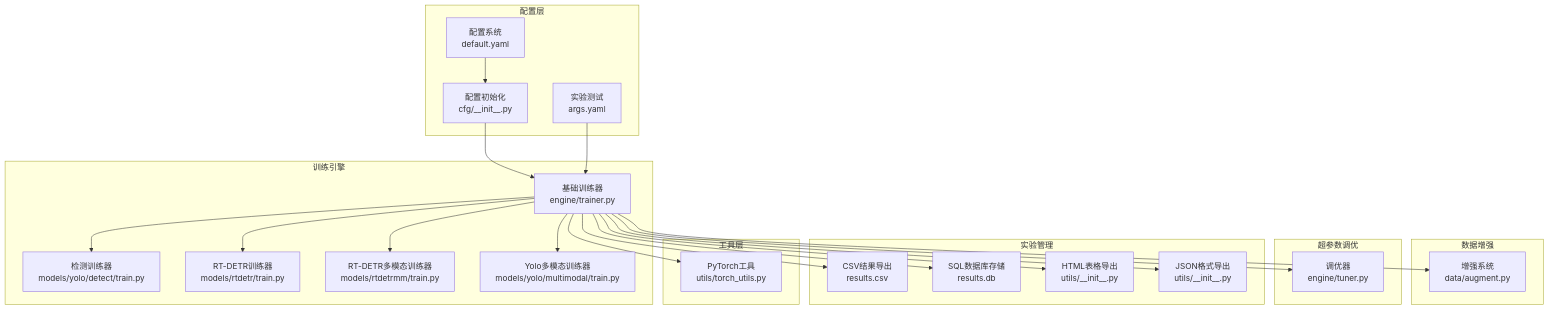
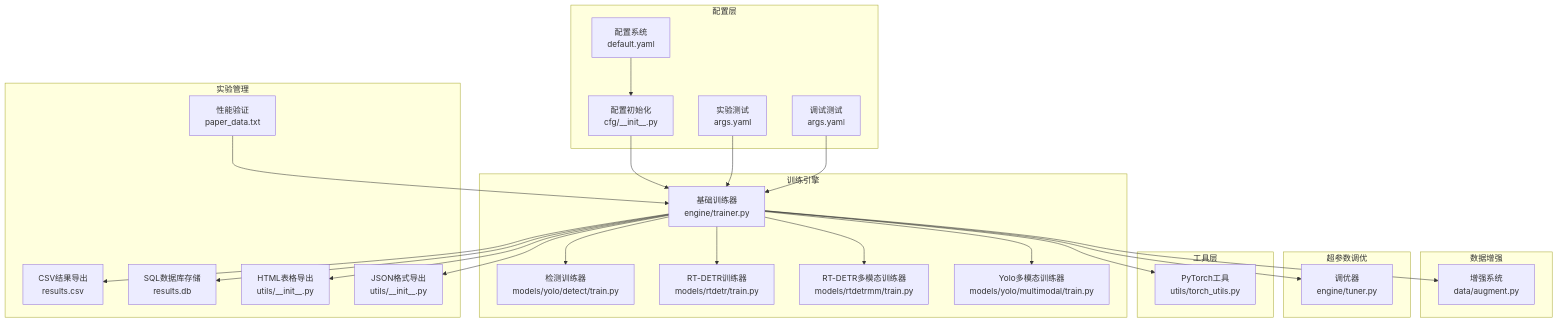
The first of 12 diagrams in .qoder/repowiki/zh/content/模型配置与管理/训练配置管理/训练配置管理.md (2208754827/MM-IMPROVE), drawn with Mermaid before and after one commit. The commit also changed other lines of this file and 151 other files, not shown here.

````diff
--- a/.qoder/repowiki/zh/content/模型配置与管理/训练配置管理/训练配置管理.md
+++ b/.qoder/repowiki/zh/content/模型配置与管理/训练配置管理/训练配置管理.md
@@ -51,45 +57,50 @@
 ```mermaid
 graph TB
 subgraph "配置层"
 CFG[配置系统<br/>default.yaml]
 CFG_INIT[配置初始化<br/>cfg/__init__.py]
 END_TEST[实验测试<br/>args.yaml]
+DEBUG_TEST[调试测试<br/>args.yaml]
 end
 subgraph "训练引擎"
 TRAINER[基础训练器<br/>engine/trainer.py]
 DETECT_TRAIN[检测训练器<br/>models/yolo/detect/train.py]
 RTDETR_TRAIN[RT-DETR训练器<br/>models/rtdetr/train.py]
 RTDETRMM_TRAIN[RT-DETR多模态训练器<br/>models/rtdetrmm/train.py]
 YOLO_MM_TRAIN[Yolo多模态训练器<br/>models/yolo/multimodal/train.py]
 end
 subgraph "数据增强"
 AUGMENT[增强系统<br/>data/augment.py]
 end
 subgraph "超参数调优"
 TUNER[调优器<br/>engine/tuner.py]
 end
 subgraph "实验管理"
 RESULTS_CSV[CSV结果导出<br/>results.csv]
 RESULTS_SQL[SQL数据库存储<br/>results.db]
 RESULTS_HTML[HTML表格导出<br/>utils/__init__.py]
 RESULTS_JSON[JSON格式导出<br/>utils/__init__.py]
+PERFORMANCE_VAL[性能验证<br/>paper_data.txt]
 end
 subgraph "工具层"
 TORCH_UTILS[PyTorch工具<br/>utils/torch_utils.py]
 END_TEST[实验测试<br/>args.yaml]
+DEBUG_TEST[调试测试<br/>args.yaml]
 end
 CFG --> CFG_INIT
 CFG_INIT --> TRAINER
 TRAINER --> DETECT_TRAIN
 TRAINER --> RTDETR_TRAIN
 TRAINER --> RTDETRMM_TRAIN
 TRAINER --> YOLO_MM_TRAIN
 TRAINER --> AUGMENT
 TRAINER --> TUNER
 TRAINER --> RESULTS_CSV
 TRAINER --> RESULTS_SQL
 TRAINER --> RESULTS_HTML
 TRAINER --> RESULTS_JSON
 TRAINER --> TORCH_UTILS
 END_TEST --> TRAINER
+DEBUG_TEST --> TRAINER
+PERFORMANCE_VAL --> TRAINER
 ```
````
